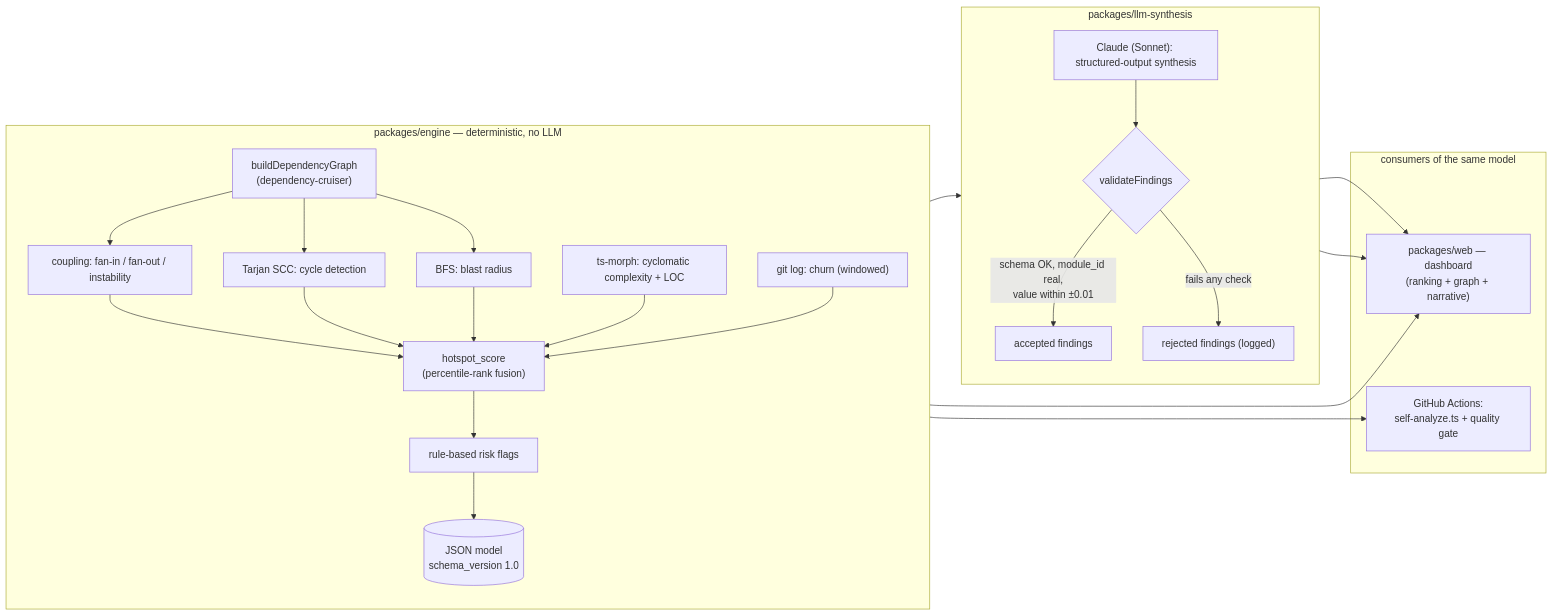
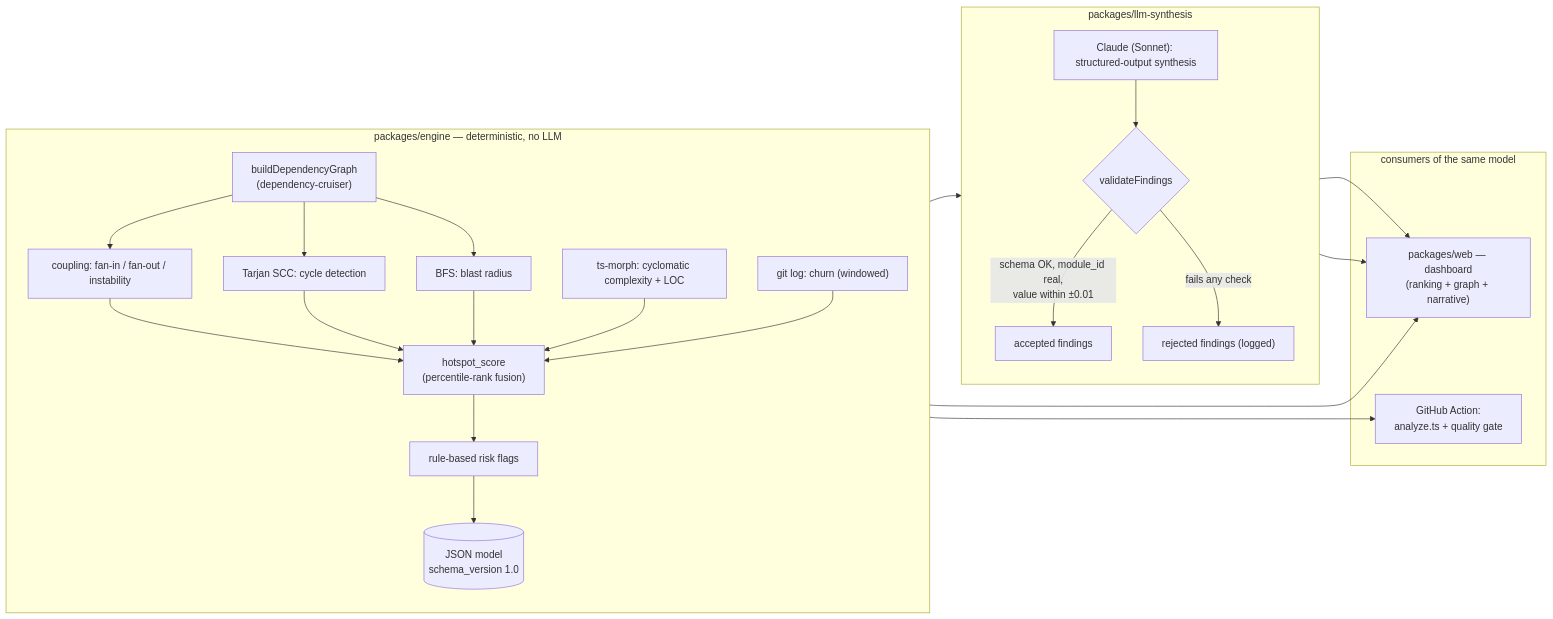
Before and after one commit to basartuncay/CodeAtlas: the diagram in README.md, drawn with Mermaid. The commit also changed other lines of this file and 14 other files, not shown here.

First line of the commit message:
Ship CodeAtlas as a GitHub Action; lock down the dashboard API

````diff
--- a/README.md
+++ b/README.md
@@ -23,29 +53,29 @@
 ```mermaid
 flowchart LR
     subgraph ENGINE["packages/engine — deterministic, no LLM"]
         direction TB
         G["buildDependencyGraph<br/>(dependency-cruiser)"] --> C1["coupling: fan-in / fan-out / instability"]
         G --> C2["Tarjan SCC: cycle detection"]
         G --> C3["BFS: blast radius"]
         CX["ts-morph: cyclomatic complexity + LOC"]
         CH["git log: churn (windowed)"]
         C1 & C2 & C3 & CX & CH --> H["hotspot_score<br/>(percentile-rank fusion)"]
         H --> R["rule-based risk flags"]
         R --> M[("JSON model<br/>schema_version 1.0")]
     end
 
     subgraph SYNTH["packages/llm-synthesis"]
         direction TB
         M --> L["Claude (Sonnet): structured-output synthesis"]
         L --> V{"validateFindings"}
         V -->|"schema OK, module_id real,<br/>value within ±0.01"| OK["accepted findings"]
         V -->|"fails any check"| NO["rejected findings (logged)"]
     end
 
     subgraph OUT["consumers of the same model"]
         M --> DASH["packages/web — dashboard<br/>(ranking + graph + narrative)"]
         OK --> DASH
         NO --> DASH
-        M --> CI["GitHub Actions:<br/>self-analyze.ts + quality gate"]
+        M --> CI["GitHub Action:<br/>analyze.ts + quality gate"]
     end
 ```
````
